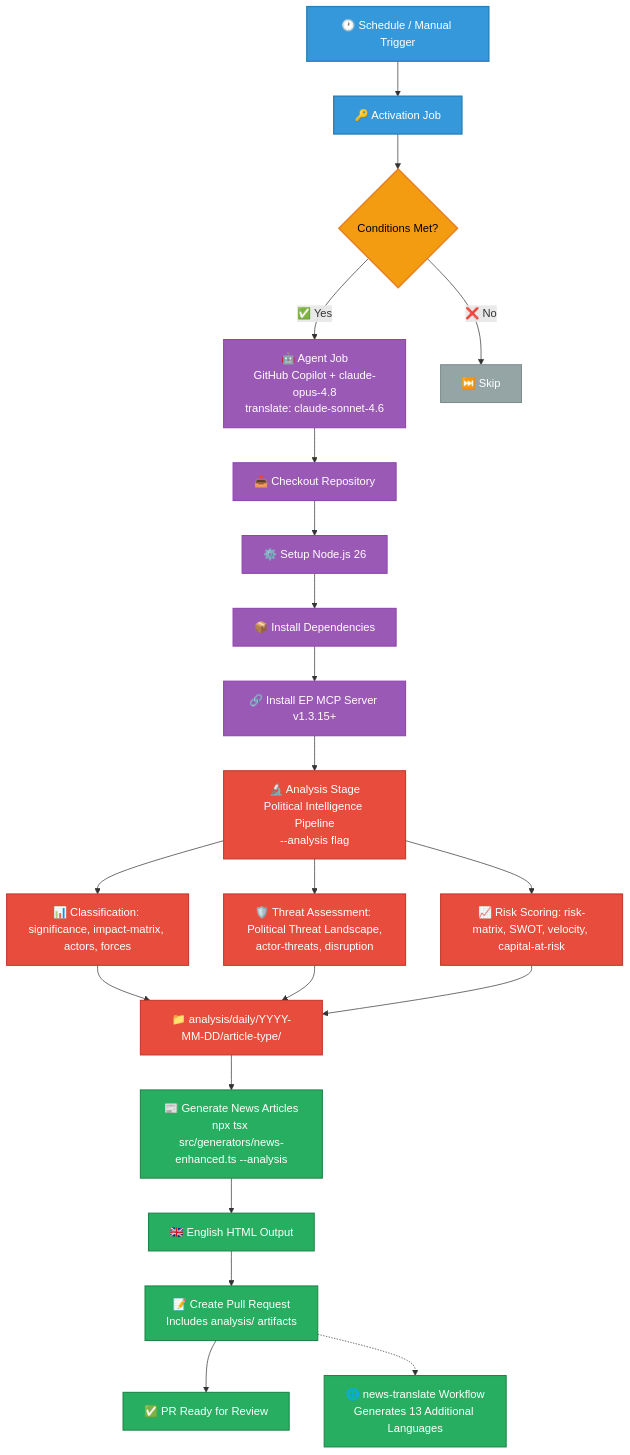
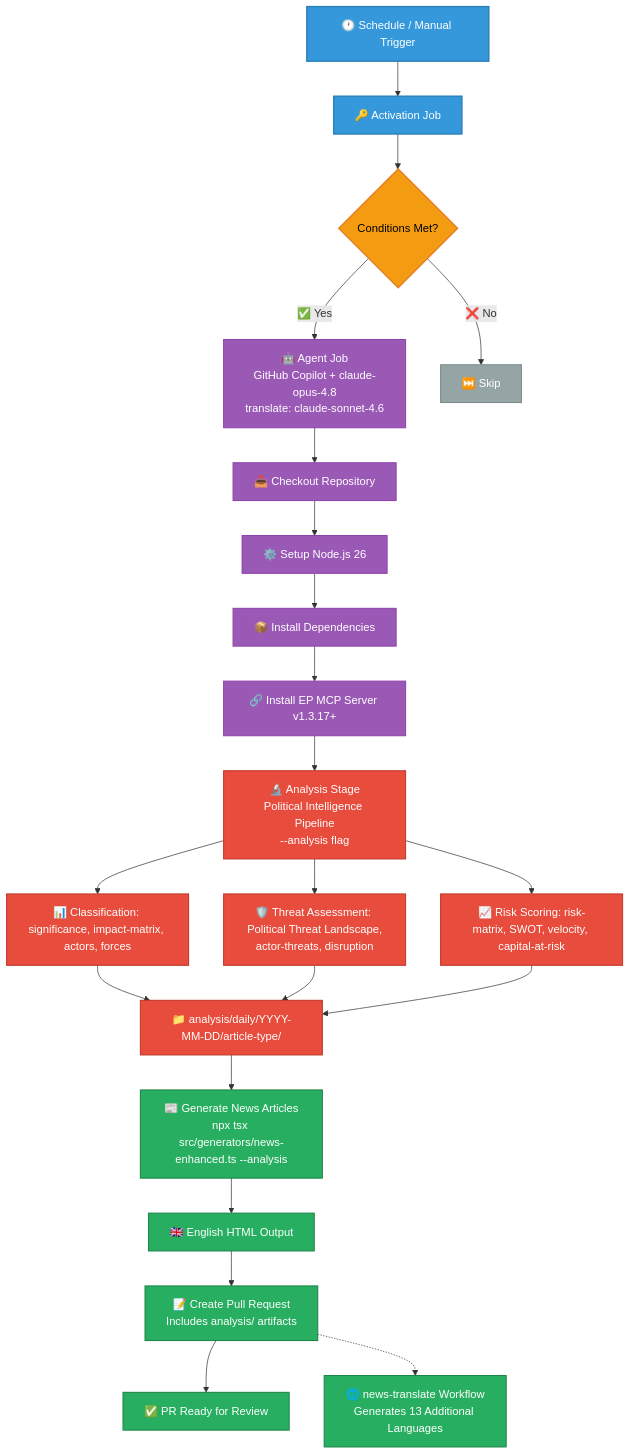
Before and after one commit to Hack23/euparliamentmonitor: the third of 23 diagrams in WORKFLOWS.md, drawn with Mermaid. The commit also changed other lines of this file and 60 other files, not shown here.

Commit message:
chore: bump EP MCP server to v1.3.17

````diff
--- a/WORKFLOWS.md
+++ b/WORKFLOWS.md
@@ -276,37 +276,37 @@
 ```mermaid
 graph TD
     A[🕐 Schedule / Manual Trigger] --> B[🔑 Activation Job]
     B --> C{Conditions Met?}
     C -->|✅ Yes| D[🤖 Agent Job<br/>GitHub Copilot + claude-opus-4.8<br/>translate: claude-sonnet-4.6]
     C -->|❌ No| E[⏭️ Skip]
     D --> F[📥 Checkout Repository]
     F --> G[⚙️ Setup Node.js 26]
     G --> H[📦 Install Dependencies]
-    H --> I[🔗 Install EP MCP Server v1.3.15+]
+    H --> I[🔗 Install EP MCP Server v1.3.17+]
     I --> J1[🔬 Analysis Stage<br/>Political Intelligence Pipeline<br/>--analysis flag]
     J1 --> J1a[📊 Classification: significance, impact-matrix, actors, forces]
     J1 --> J1b[🛡️ Threat Assessment: Political Threat Landscape,<br/>actor-threats, disruption]
     J1 --> J1c[📈 Risk Scoring: risk-matrix, SWOT, velocity, capital-at-risk]
     J1a --> J1d["📁 analysis/daily/YYYY-MM-DD/article-type/"]
     J1b --> J1d
     J1c --> J1d
     J1d --> J[📰 Generate News Articles<br/>npx tsx src/generators/news-enhanced.ts --analysis]
     J --> K[🇬🇧 English HTML Output]
     K --> L[📝 Create Pull Request<br/>Includes analysis/ artifacts]
     L --> M[✅ PR Ready for Review]
     L -.-> N[🌐 news-translate Workflow<br/>Generates 13 Additional Languages]
 
     classDef trigger fill:#3498db,stroke:#2980b9,stroke-width:2px,color:white
     classDef process fill:#9b59b6,stroke:#8e44ad,stroke-width:1.5px,color:white
     classDef decision fill:#f39c12,stroke:#e67e22,stroke-width:2px,color:black
     classDef skip fill:#95a5a6,stroke:#7f8c8d,stroke-width:1.5px,color:white
     classDef analysis fill:#e74c3c,stroke:#c0392b,stroke-width:1.5px,color:white
     classDef output fill:#27ae60,stroke:#1e8449,stroke-width:1.5px,color:white
 
     class A,B trigger
     class D,F,G,H,I process
     class C decision
     class E skip
     class J1,J1a,J1b,J1c,J1d analysis
     class J,K,L,M,N output
 ```
````
